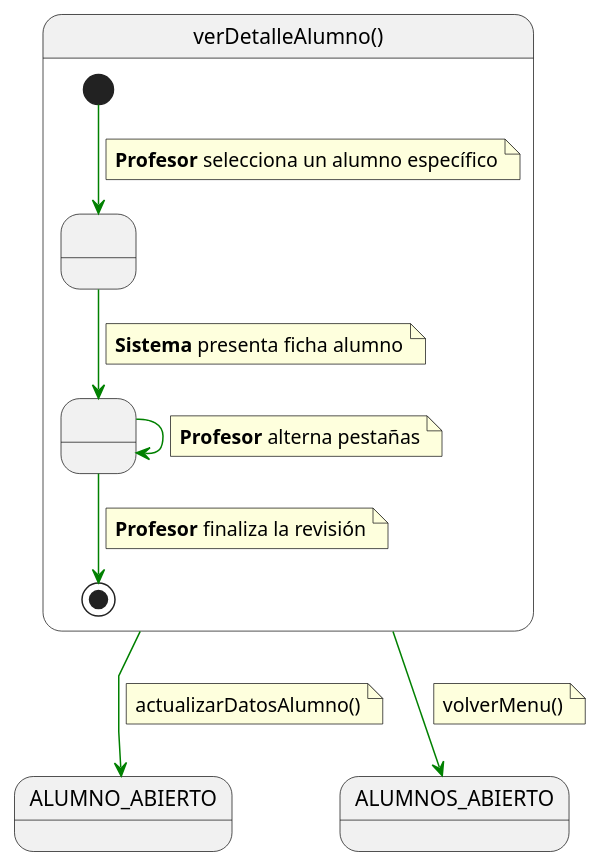
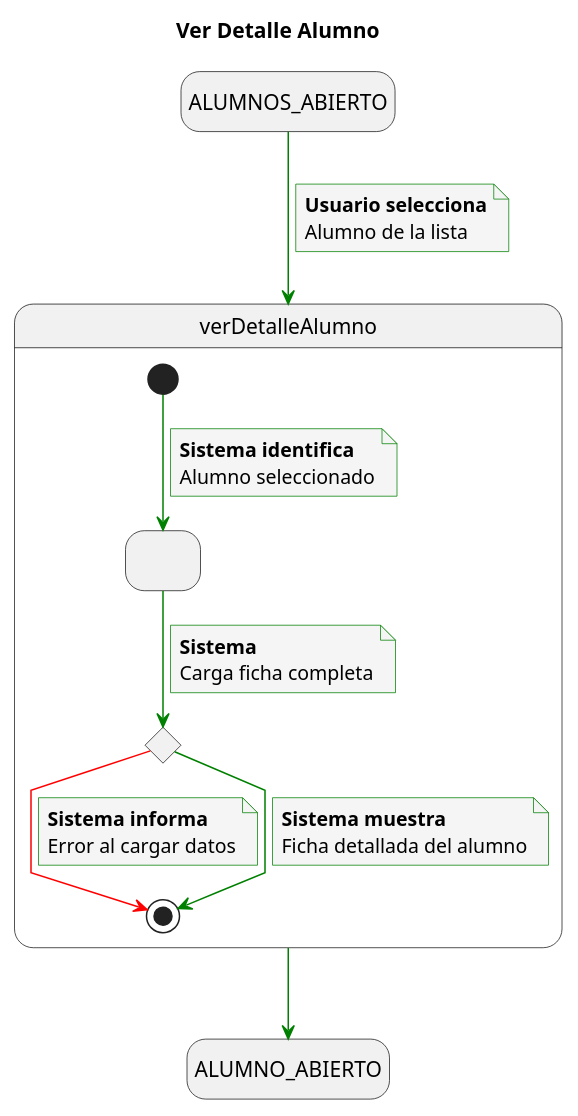
One commit to enmabry/25-26-IdSw1-SdR changed the diagram in documents/CasosDeUso/DetalladoCasosDeUso/Profesor/verDetalleAlumno.puml. Above: the diagram before and after it, drawn with PlantUML. The commit also changed 12 other files, not shown here.

```diff
--- a/documents/CasosDeUso/DetalladoCasosDeUso/Profesor/verDetalleAlumno.puml
+++ b/documents/CasosDeUso/DetalladoCasosDeUso/Profesor/verDetalleAlumno.puml
@@ -1,41 +1,52 @@
-@startuml verDetalleAlumno
+@startuml
+title Ver Detalle Alumno
 
-skinparam linetype polyline
+skinparam {
+    NoteBackgroundColor #whiteSmoke
+    ArrowColor #green
+    NoteBorderColor #green
+    linetype polyline
+}
 
-state verDetalleAlumno as "verDetalleAlumno()" {
+hide empty description
 
-    state " " as VisualizandoFicha
-    state " " as NavegandoDetalles
+state startState as "ALUMNOS_ABIERTO"
+state endState as "ALUMNO_ABIERTO"
 
-    [*] -[#green]-> VisualizandoFicha 
+startState --> verDetalleAlumno
+note on link
+    <b>Usuario selecciona</b>
+    Alumno de la lista
+end note
+
+state verDetalleAlumno {
+    state RecuperandoDatos as " "
+    state ValidarSeleccion <<choice>>
+
+    [*] --> RecuperandoDatos
     note on link
-    <b>Profesor</b> selecciona un alumno específico
-    end note    
-    
-    VisualizandoFicha -[#green]-> NavegandoDetalles
+        <b>Sistema identifica</b>
+        Alumno seleccionado
+    end note
+
+    RecuperandoDatos --> ValidarSeleccion
     note on link
-      <b>Sistema</b> presenta ficha alumno
+        <b>Sistema</b>
+        Carga ficha completa
     end note
-    
-    NavegandoDetalles -[#green]-> NavegandoDetalles
+
+    ValidarSeleccion -[#red]-> [*]
     note on link
-    <b>Profesor</b> alterna pestañas
+        <b>Sistema informa</b>
+        Error al cargar datos
     end note
-    
-    NavegandoDetalles -[#green]-> [*]
+
+    ValidarSeleccion --> [*]
     note on link
-    <b>Profesor</b> finaliza la revisión
+        <b>Sistema muestra</b>
+        Ficha detallada del alumno
     end note
 }
 
-verDetalleAlumno -[#green]-> ALUMNO_ABIERTO
-note on link
-actualizarDatosAlumno()
-end note
-
-verDetalleAlumno -[#green]-> ALUMNOS_ABIERTO
-note on link
-volverMenu()
-end note
-
+verDetalleAlumno --> endState
 @enduml
```
